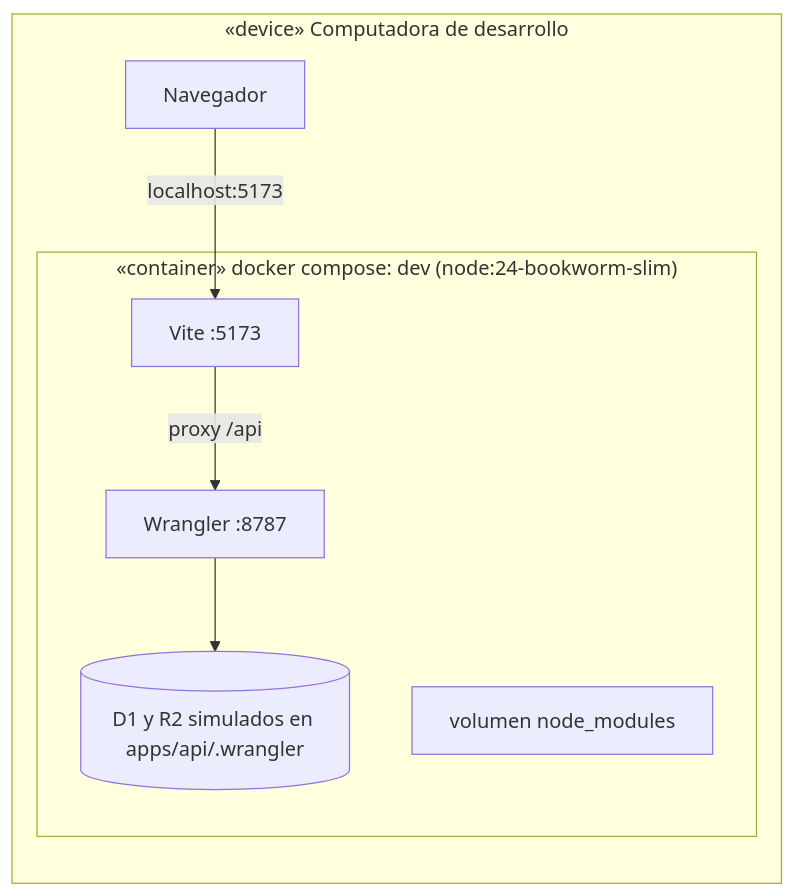
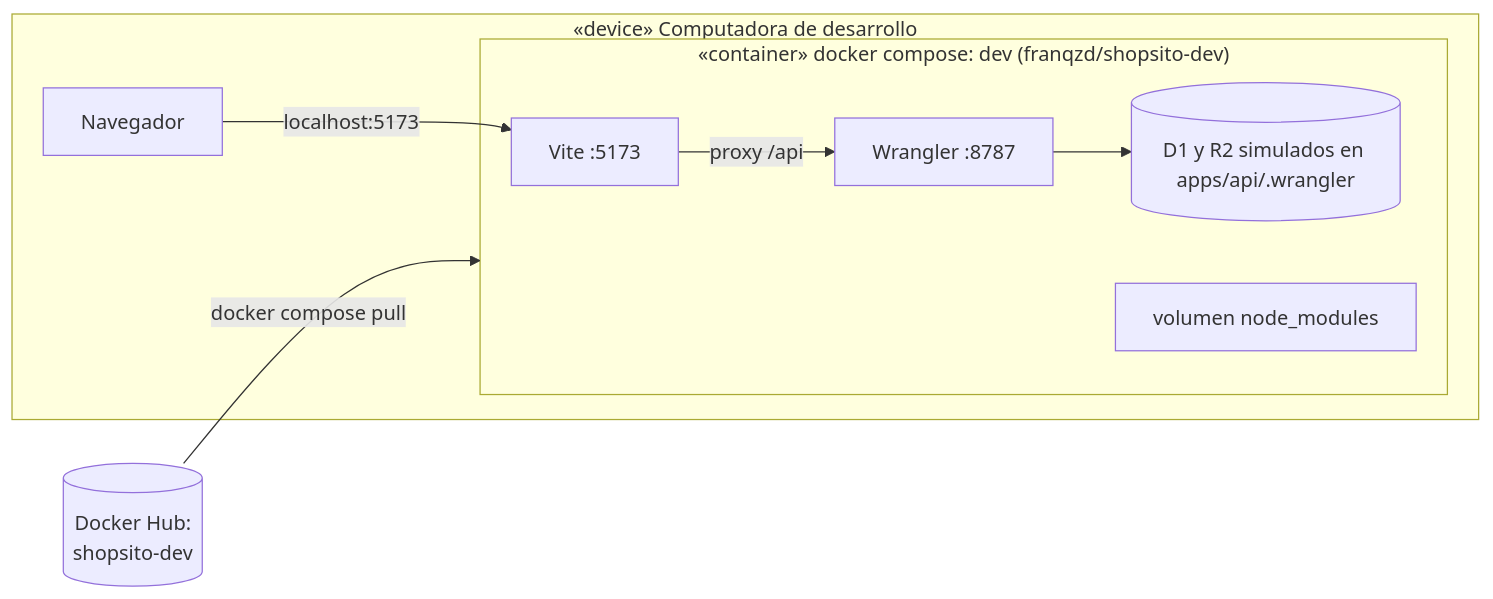
Diagram 12 of 14 in docs/WIKI.md (FranqZD/Shopsitov2), drawn with Mermaid before and after one commit. The commit also changed other lines of this file and 2 other files, not shown here.

Commit message:
docs: documentar la imagen de Docker Hub

````diff
--- a/docs/WIKI.md
+++ b/docs/WIKI.md
@@ -807,16 +810,18 @@
 ```mermaid
 flowchart LR
+    hub[("Docker Hub:<br/>shopsito-dev")]
     subgraph host["«device» Computadora de desarrollo"]
         navl["Navegador"]
-        subgraph docker["«container» docker compose: dev (node:24-bookworm-slim)"]
+        subgraph docker["«container» docker compose: dev (franqzd/shopsito-dev)"]
             vite["Vite :5173"]
             wrangler["Wrangler :8787"]
             sim[("D1 y R2 simulados en apps/api/.wrangler")]
             vol["volumen node_modules"]
         end
     end
 
     navl -->|"localhost:5173"| vite
     vite -->|"proxy /api"| wrangler
     wrangler --> sim
+    hub -->|"docker compose pull"| docker
 ```
````
